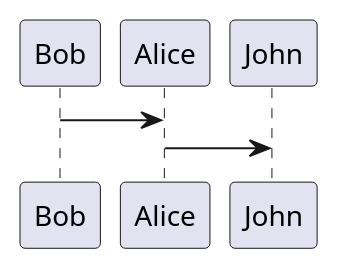
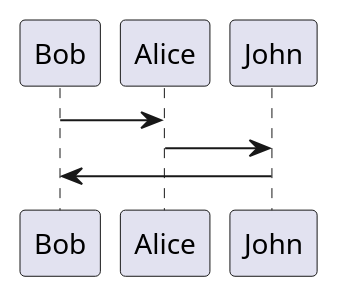
One commit to jsol/markdown-viewer changed the first of 2 diagrams in examples/convert.puml. Above: the diagram before and after it, drawn with PlantUML. The commit also changed 8 other files, not shown here.

```diff
--- a/examples/convert.puml
+++ b/examples/convert.puml
@@ -2,4 +2,5 @@
 @startuml Example1
 Bob -> Alice
 Alice -> John
+John -> Bob
 @enduml
```
